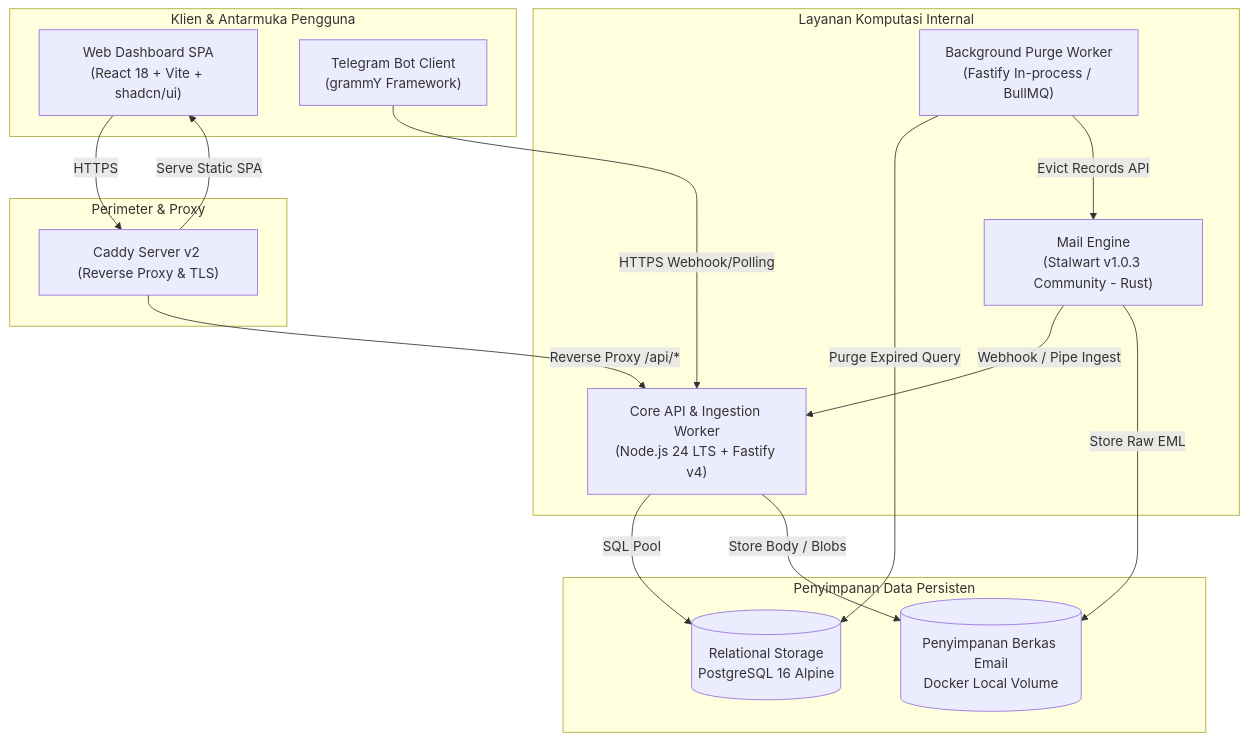
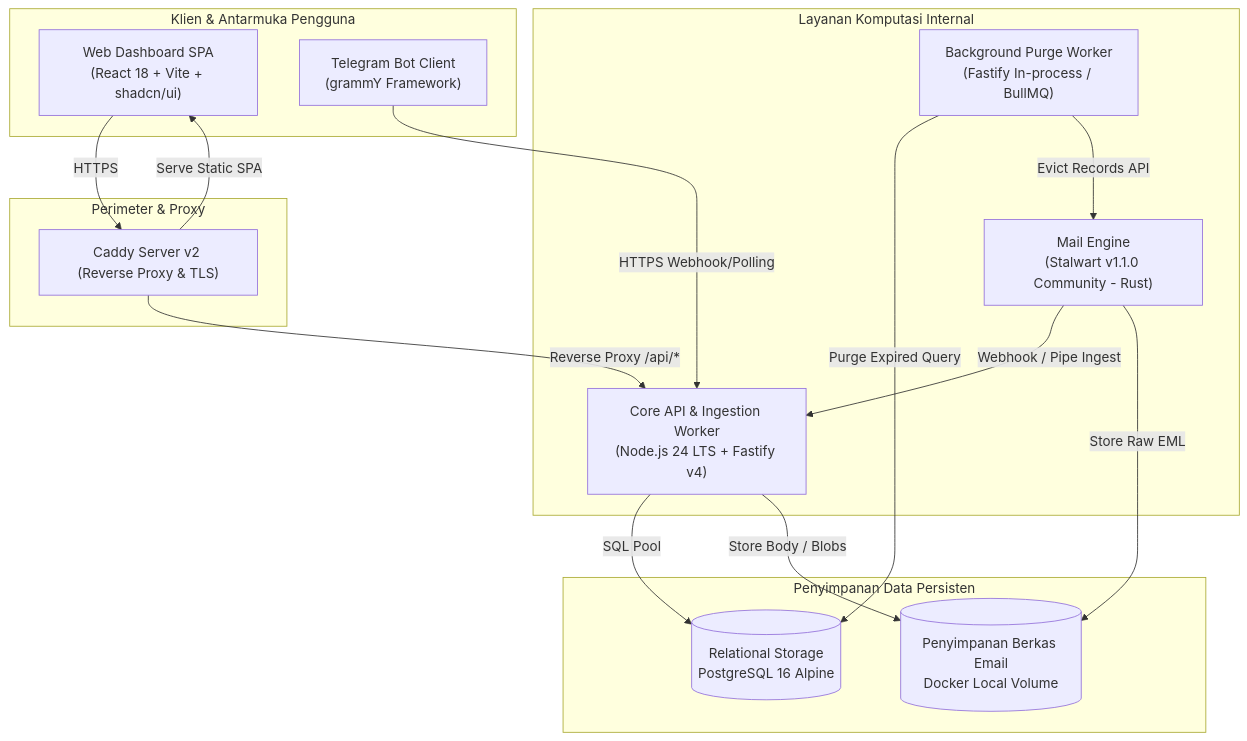
The diagram in docs/03-architecture/tech-evaluation-matrix.md (lostsky1403/domibox), drawn with Mermaid before and after one commit. The commit also changed other lines of this file and 2 other files, not shown here.

First line of the commit message:
docs: pin Stalwart v1.1.0 (2026-11-09), add upgrade caveat

````diff
--- a/docs/03-architecture/tech-evaluation-matrix.md
+++ b/docs/03-architecture/tech-evaluation-matrix.md
@@ -164,33 +164,33 @@
 ```mermaid
 graph TD
     subgraph Client["Klien & Antarmuka Pengguna"]
         Web["Web Dashboard SPA\n(React 18 + Vite + shadcn/ui)"]
         Bot["Telegram Bot Client\n(grammY Framework)"]
     end
 
     subgraph Edge["Perimeter & Proxy"]
         Caddy["Caddy Server v2 (Reverse Proxy & TLS)"]
     end
 
     subgraph Services["Layanan Komputasi Internal"]
         Backend["Core API & Ingestion Worker\n(Node.js 24 LTS + Fastify v4)"]
         Scheduler["Background Purge Worker\n(Fastify In-process / BullMQ)"]
-        Stalwart["Mail Engine\n(Stalwart v1.0.3 Community - Rust)"]
+        Stalwart["Mail Engine\n(Stalwart v1.1.0 Community - Rust)"]
     end
 
     subgraph Persistence["Penyimpanan Data Persisten"]
         Postgres[("Relational Storage\nPostgreSQL 16 Alpine")]
         MailStore[("Penyimpanan Berkas Email\nDocker Local Volume")]
     end
 
     Web -->|HTTPS| Caddy
     Bot -->|HTTPS Webhook/Polling| Backend
     Caddy -->|Reverse Proxy /api/*| Backend
     Caddy -->|Serve Static SPA| Web
     Backend -->|SQL Pool| Postgres
     Scheduler -->|Purge Expired Query| Postgres
     Scheduler -->|Evict Records API| Stalwart
     Stalwart -->|Webhook / Pipe Ingest| Backend
     Backend -->|Store Body / Blobs| MailStore
     Stalwart -->|Store Raw EML| MailStore
 ```
````
